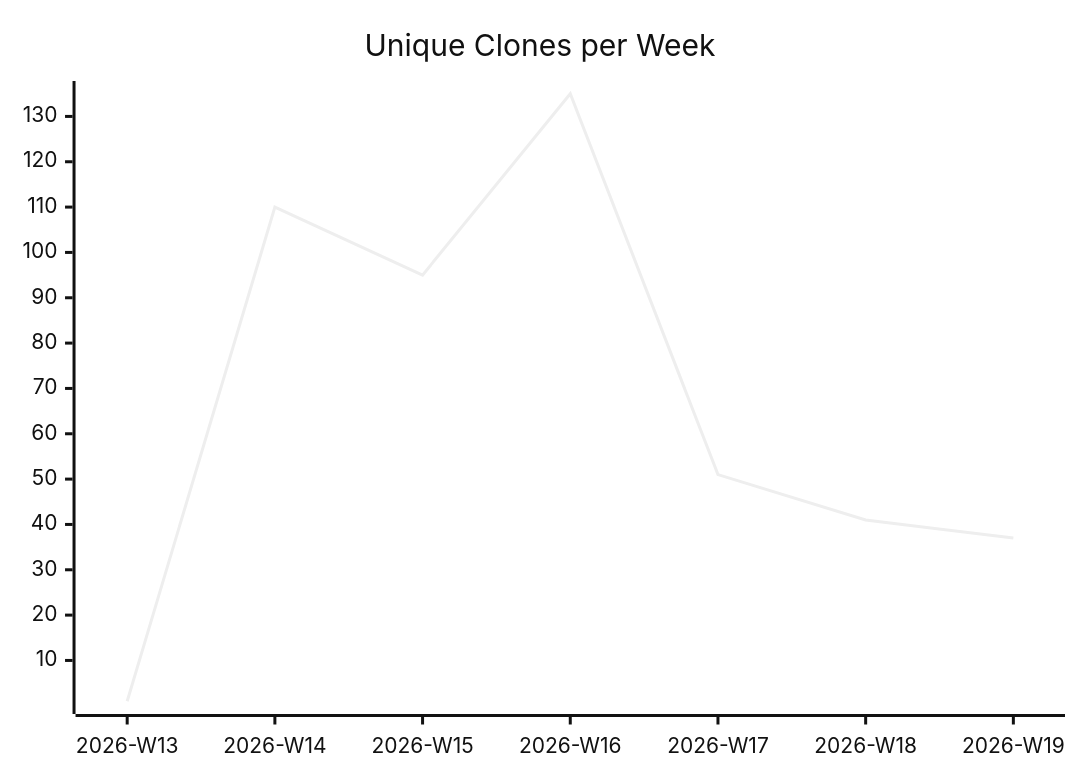
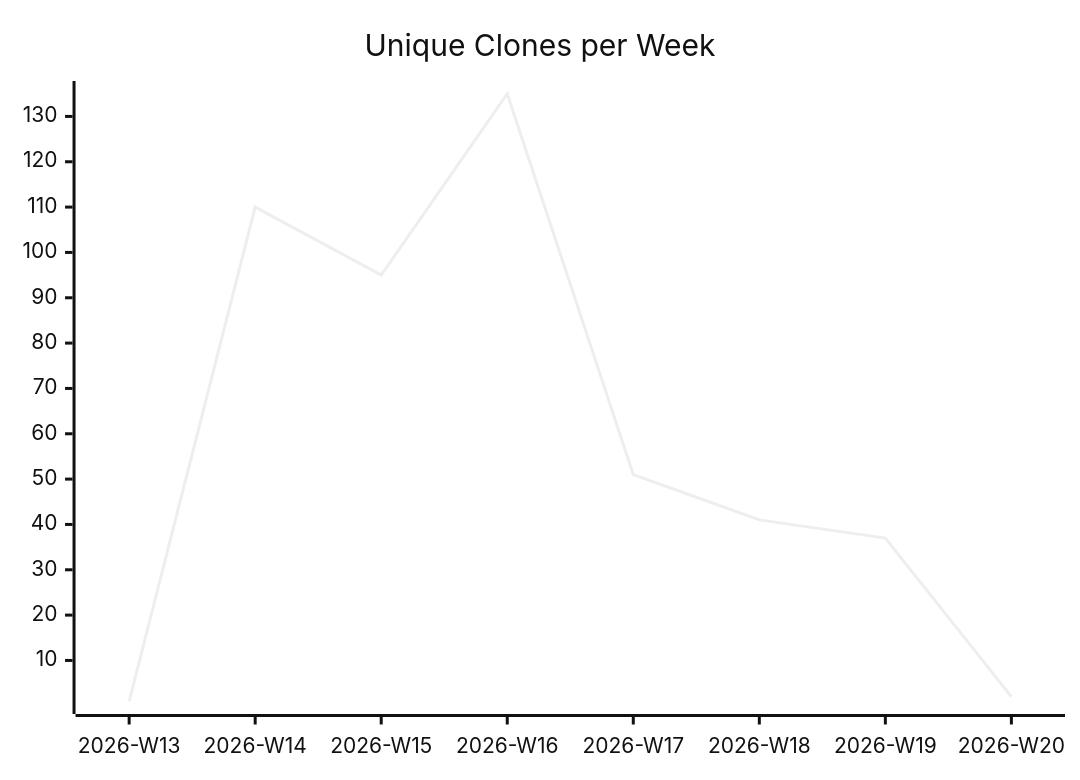
The third of 3 diagrams in justdavis-family/justdavis/README.md (justdavis-family/github-analytics-data), drawn with Mermaid (neutral theme) before and after one commit. The commit also changed other lines of this file and 176 other files, not shown here.

````diff
--- a/justdavis-family/justdavis/README.md
+++ b/justdavis-family/justdavis/README.md
@@ -19,6 +19,6 @@
 ```mermaid
 xychart-beta
   title "Unique Clones per Week"
-  x-axis ["2026-W13", "2026-W14", "2026-W15", "2026-W16", "2026-W17", "2026-W18", "2026-W19"]
-  line [1, 110, 95, 135, 51, 41, 37]
+  x-axis ["2026-W13", "2026-W14", "2026-W15", "2026-W16", "2026-W17", "2026-W18", "2026-W19", "2026-W20"]
+  line [1, 110, 95, 135, 51, 41, 37, 2]
 ```
````
